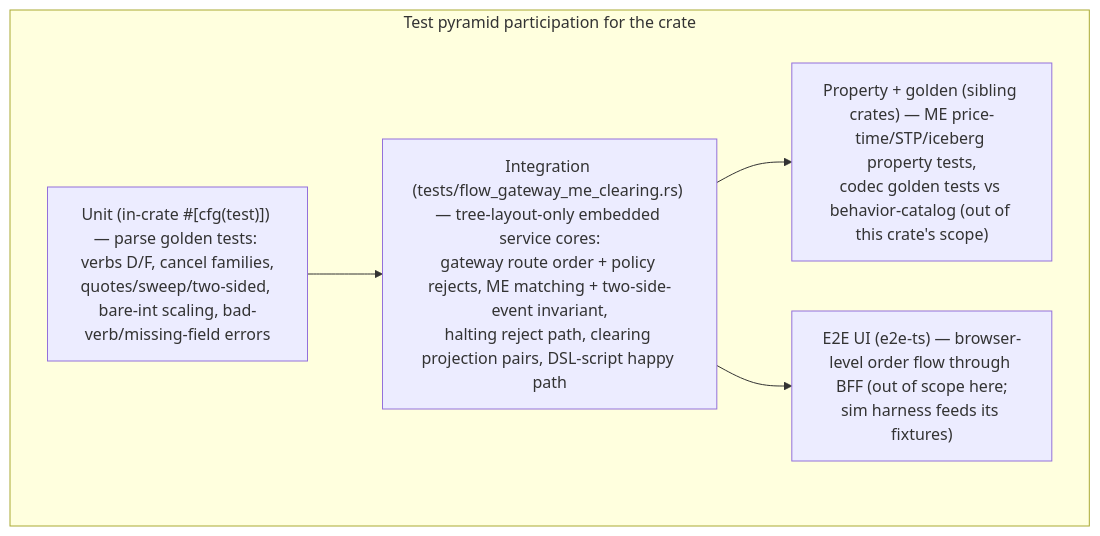
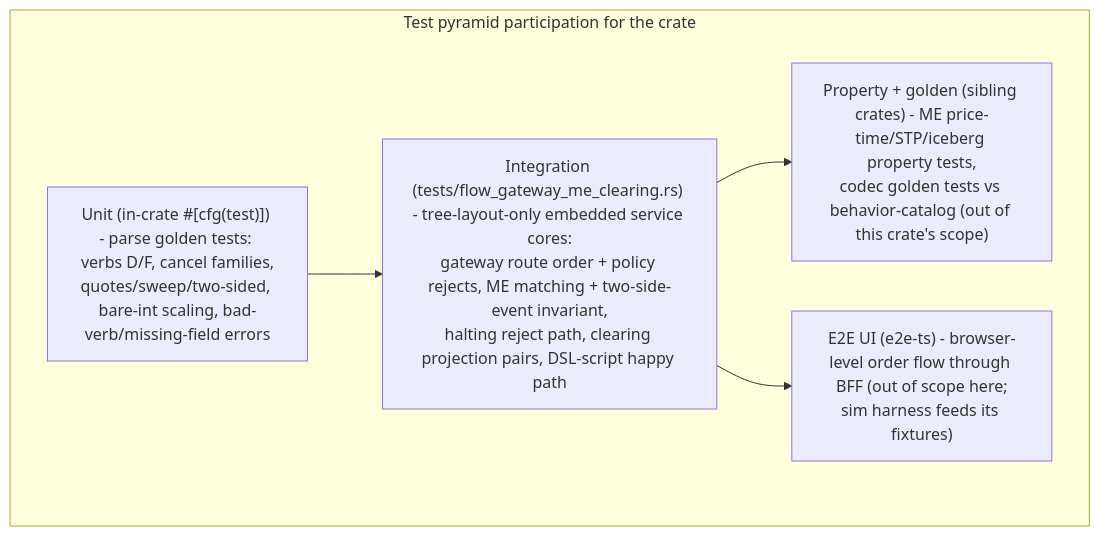
Before and after one commit to Exchange8-dev/exchange8-sdk: the sixth of 6 diagrams in crates/sim-harness/DESIGN.md, drawn with Mermaid. The commit also changed other lines of this file and 60 other files, not shown here.

````diff
--- a/crates/sim-harness/DESIGN.md
+++ b/crates/sim-harness/DESIGN.md
@@ -344,11 +344,11 @@
 ```mermaid
 graph TD
     subgraph PYR["Test pyramid participation for the crate"]
-        U["Unit (in-crate #[cfg(test)]) — parse golden tests: verbs D/F, cancel families,<br/>quotes/sweep/two-sided, bare-int scaling, bad-verb/missing-field errors"]
-        I["Integration (tests/flow_gateway_me_clearing.rs) — tree-layout-only embedded service cores:<br/>gateway route order + policy rejects, ME matching + two-side-event invariant,<br/>halting reject path, clearing projection pairs, DSL-script happy path"]
-        P["Property + golden (sibling crates) — ME price-time/STP/iceberg property tests,<br/>codec golden tests vs behavior-catalog (out of this crate's scope)"]
-        E["E2E UI (e2e-ts) — browser-level order flow through BFF (out of scope here;<br/>sim harness feeds its fixtures)"]
+        U["Unit (in-crate #[cfg(test)]) - parse golden tests: verbs D/F, cancel families,<br/>quotes/sweep/two-sided, bare-int scaling, bad-verb/missing-field errors"]
+        I["Integration (tests/flow_gateway_me_clearing.rs) - tree-layout-only embedded service cores:<br/>gateway route order + policy rejects, ME matching + two-side-event invariant,<br/>halting reject path, clearing projection pairs, DSL-script happy path"]
+        P["Property + golden (sibling crates) - ME price-time/STP/iceberg property tests,<br/>codec golden tests vs behavior-catalog (out of this crate's scope)"]
+        E["E2E UI (e2e-ts) - browser-level order flow through BFF (out of scope here;<br/>sim harness feeds its fixtures)"]
     end
     U --> I --> P
     I --> E
 ```
````
